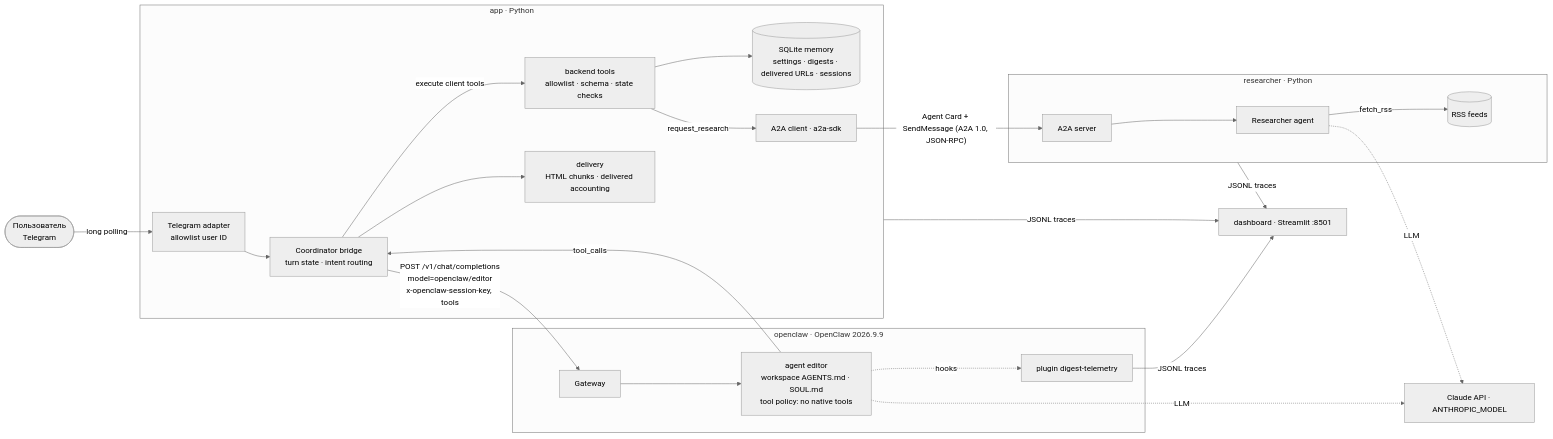
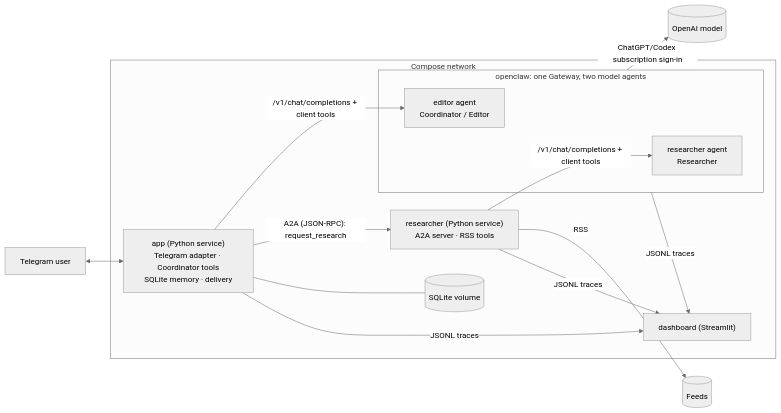
The diagram in README.md (PLeS207/AI-News-Digest), drawn with Mermaid (neutral theme) before and after one commit. The commit also changed other lines of this file and 49 other files, not shown here.

Commit message:
Refactor to ChatGPT

````diff
--- a/README.md
+++ b/README.md
@@ -22,23 +18,21 @@
 ```mermaid
 flowchart LR
-    U([Пользователь<br/>Telegram]) -- long polling --> TG
-    subgraph APP[app · Python]
-        TG[Telegram adapter<br/>allowlist user ID] --> BR[Coordinator bridge<br/>turn state · intent routing]
-        BR -- execute client tools --> TOOLS[backend tools<br/>allowlist · schema · state checks]
-        TOOLS --> MEM[(SQLite memory<br/>settings · digests · delivered URLs · sessions)]
-        TOOLS -- request_research --> A2AC[A2A client · a2a-sdk]
-        BR --> DEL[delivery<br/>HTML chunks · delivered accounting]
+    U[Telegram user] <--> APP
+    subgraph Compose network
+        APP["app (Python service)<br/>Telegram adapter · Coordinator tools<br/>SQLite memory · delivery"]
+        subgraph OC["openclaw: one Gateway, two model agents"]
+            ED["editor agent<br/>Coordinator / Editor"]
+            RA["researcher agent<br/>Researcher"]
+        end
+        RS["researcher (Python service)<br/>A2A server · RSS tools"]
+        DB[(SQLite volume)]
+        DASH["dashboard (Streamlit)"]
     end
-    BR -- "POST /v1/chat/completions<br/>model=openclaw/editor<br/>x-openclaw-session-key, tools" --> GW
-    subgraph OC[openclaw · OpenClaw 2026.9.9]
-        GW[Gateway] --> ED[agent editor<br/>workspace AGENTS.md · SOUL.md<br/>tool policy: no native tools]
-        ED -. hooks .-> PL[plugin digest-telemetry]
-    end
-    ED -- tool_calls --> BR
-    A2AC -- "Agent Card + SendMessage (A2A 1.0, JSON-RPC)" --> A2AS
-    subgraph RES[researcher · Python]
-        A2AS[A2A server] --> RA[Researcher agent] -- fetch_rss --> RSS[(RSS feeds)]
-    end
-    ED & RA -. LLM .-> CL[Claude API · ANTHROPIC_MODEL]
-    APP & RES & PL -- JSONL traces --> DB[dashboard · Streamlit :8501]
+    APP -- "/v1/chat/completions + client tools" --> ED
+    APP -- "A2A (JSON-RPC): request_research" --> RS
+    RS -- "/v1/chat/completions + client tools" --> RA
+    APP --- DB
+    OC -- "ChatGPT/Codex subscription sign-in" --> M[(OpenAI model)]
+    RS -- RSS --> F[(Feeds)]
+    APP & RS & OC -- JSONL traces --> DASH
 ```
````
